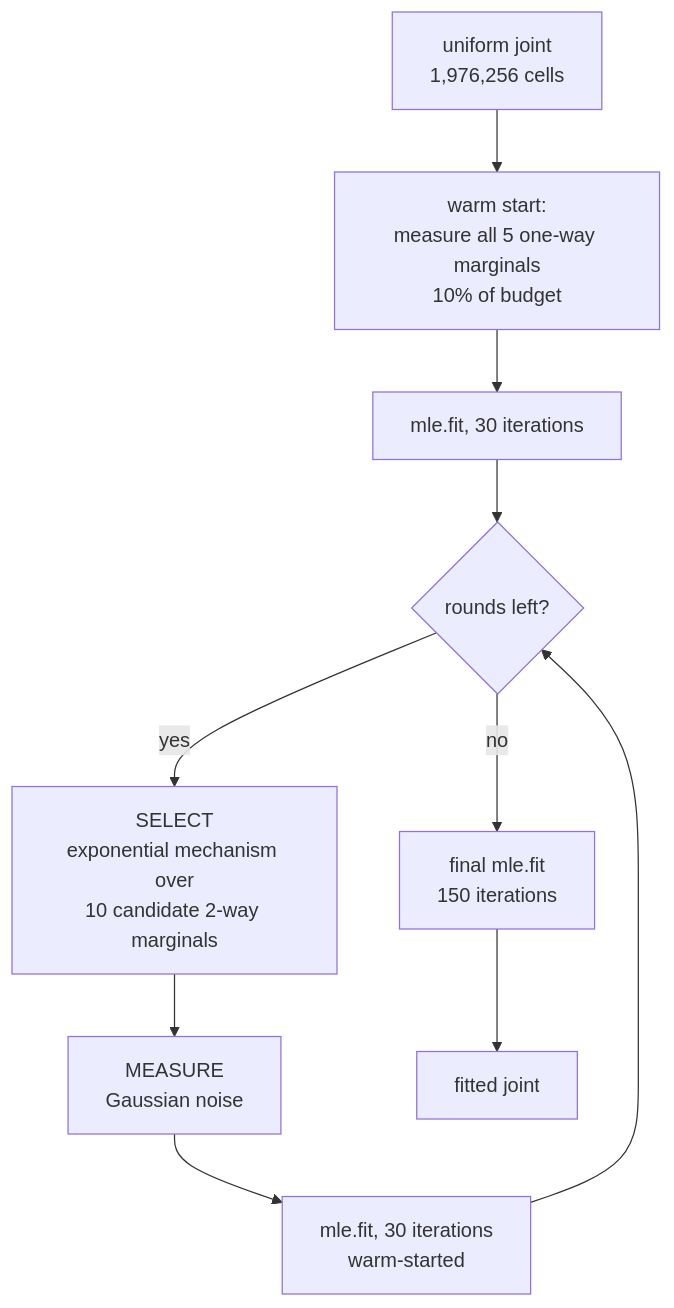
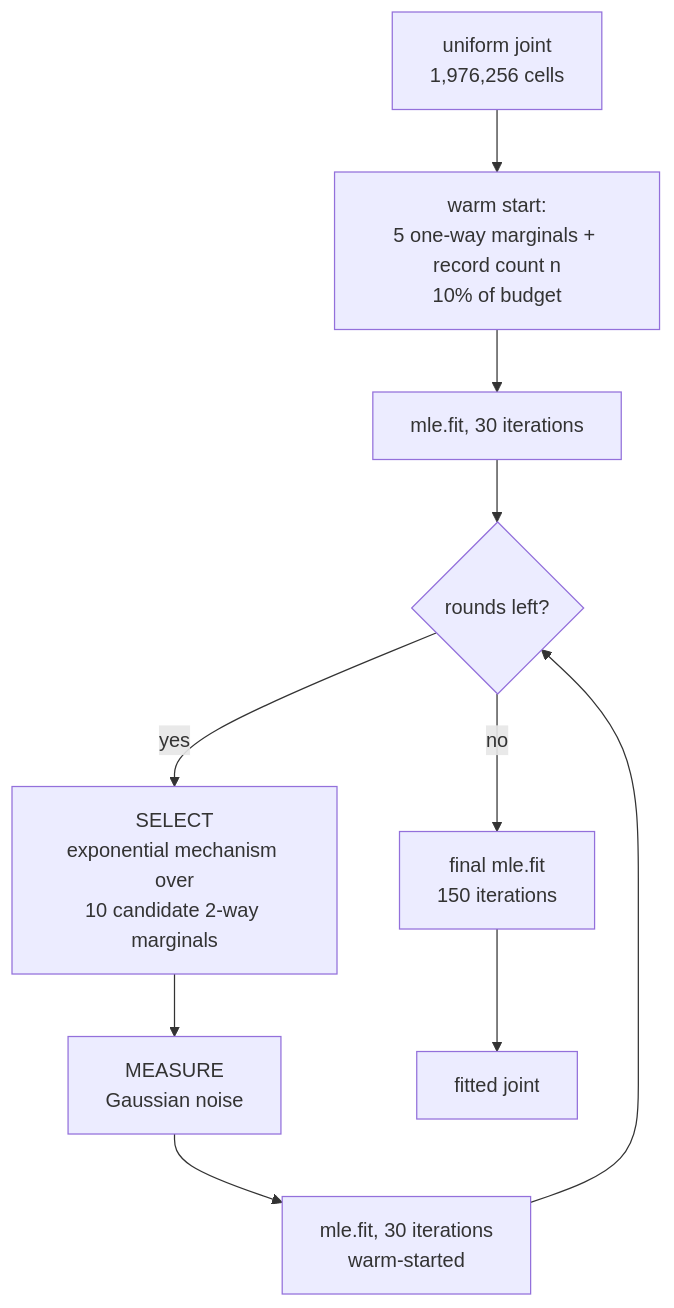
One commit to gauthamramesh3110/blowfish-aim-adult changed the second of 3 diagrams in docs/architecture.md. Above: the diagram before and after it, drawn with Mermaid. The commit also changed other lines of this file and 13 other files, not shown here.

````diff
--- a/docs/architecture.md
+++ b/docs/architecture.md
@@ -126,12 +128,12 @@
 ```mermaid
 flowchart TD
-    A["uniform joint<br/>1,976,256 cells"] --> B["warm start:<br/>measure all 5 one-way marginals<br/>10% of budget"]
+    A["uniform joint<br/>1,976,256 cells"] --> B["warm start:<br/>5 one-way marginals + record count n<br/>10% of budget"]
     B --> C["mle.fit, 30 iterations"]
     C --> D{"rounds left?"}
     D -->|yes| E["SELECT<br/>exponential mechanism over<br/>10 candidate 2-way marginals"]
     E --> F["MEASURE<br/>Gaussian noise"]
     F --> G["mle.fit, 30 iterations<br/>warm-started"]
     G --> D
     D -->|no| H["final mle.fit<br/>150 iterations"]
     H --> I["fitted joint"]
 ```
````
